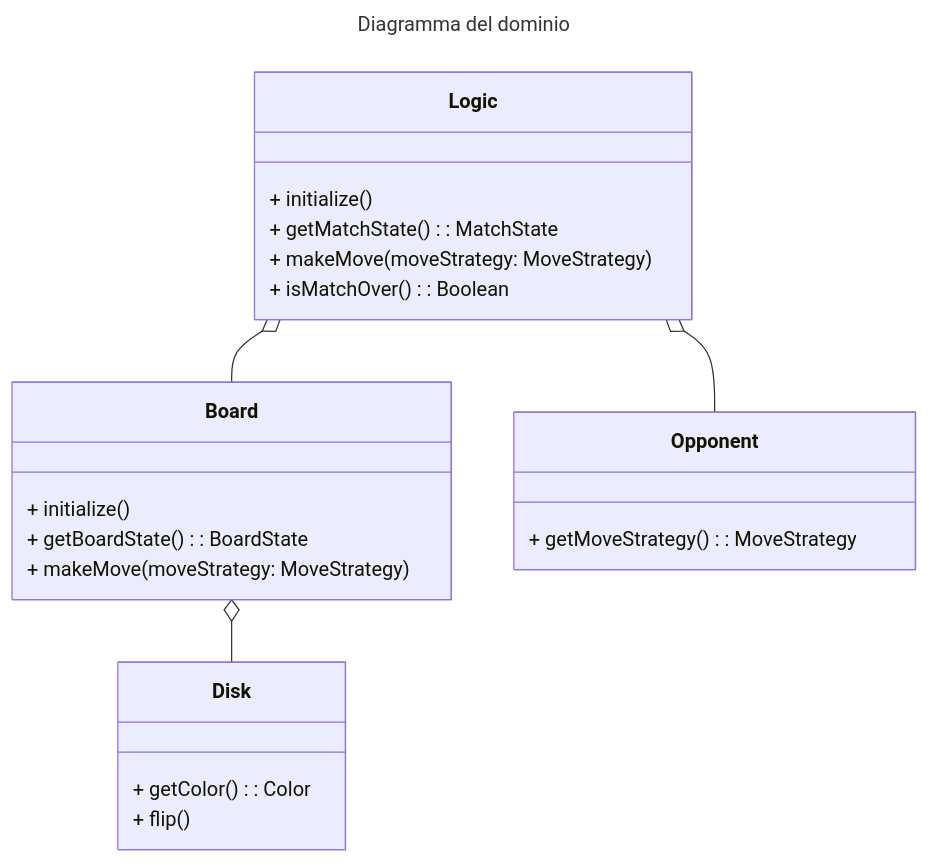
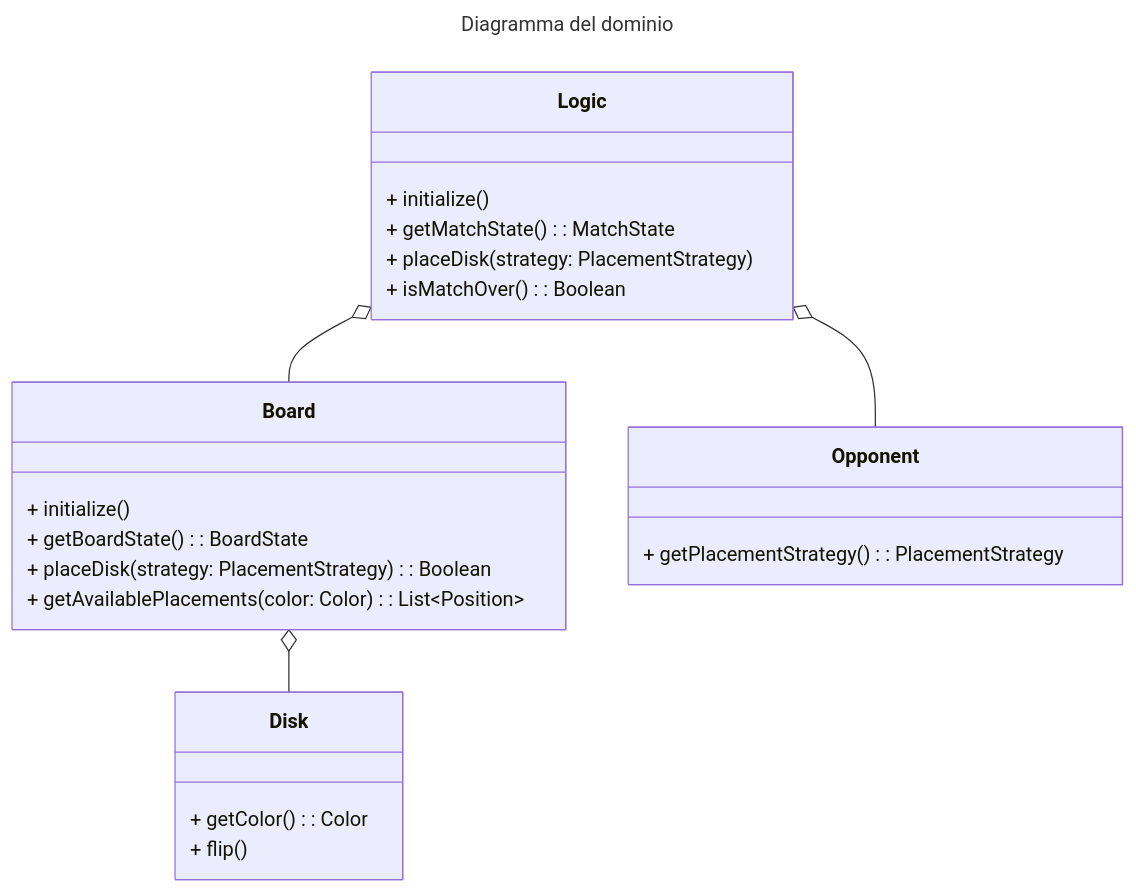
One commit to Borgotto/PPS-25-scalatello changed the diagram in docs/report/3-requirements.md. Above: the diagram before and after it, drawn with Mermaid. The commit also changed 2 other files, not shown here.

Commit message:
update domain and architectural diagrams, add drafts to detailed design

````diff
--- a/docs/report/3-requirements.md
+++ b/docs/report/3-requirements.md
@@ -26,28 +26,29 @@
 ```mermaid
 ---
 title: Diagramma del dominio
 ---
 classDiagram
+  class Logic {
+    + initialize()
+    + getMatchState(): MatchState
+    + placeDisk(strategy: PlacementStrategy)
+    + isMatchOver(): Boolean
+  } 
+  class Board {
+    + initialize()
+    + getBoardState(): BoardState
+    + placeDisk(strategy: PlacementStrategy): Boolean
+    + getAvailablePlacements(color: Color): List~Position~
+  }
   class Disk {
     + getColor(): Color
     + flip()
   }
-  class Board {
-    + initialize()
-    + getBoardState(): BoardState
-    + makeMove(moveStrategy: MoveStrategy)
-  }
-  class Logic {
-    + initialize()
-    + getMatchState(): MatchState
-    + makeMove(moveStrategy: MoveStrategy)
-    + isMatchOver(): Boolean
-  }
   class Opponent {
-    + getMoveStrategy(): MoveStrategy
+    + getPlacementStrategy(): PlacementStrategy
   }
 
   Logic o-- Board
   Logic o-- Opponent
   Board o-- Disk
 ```
````
